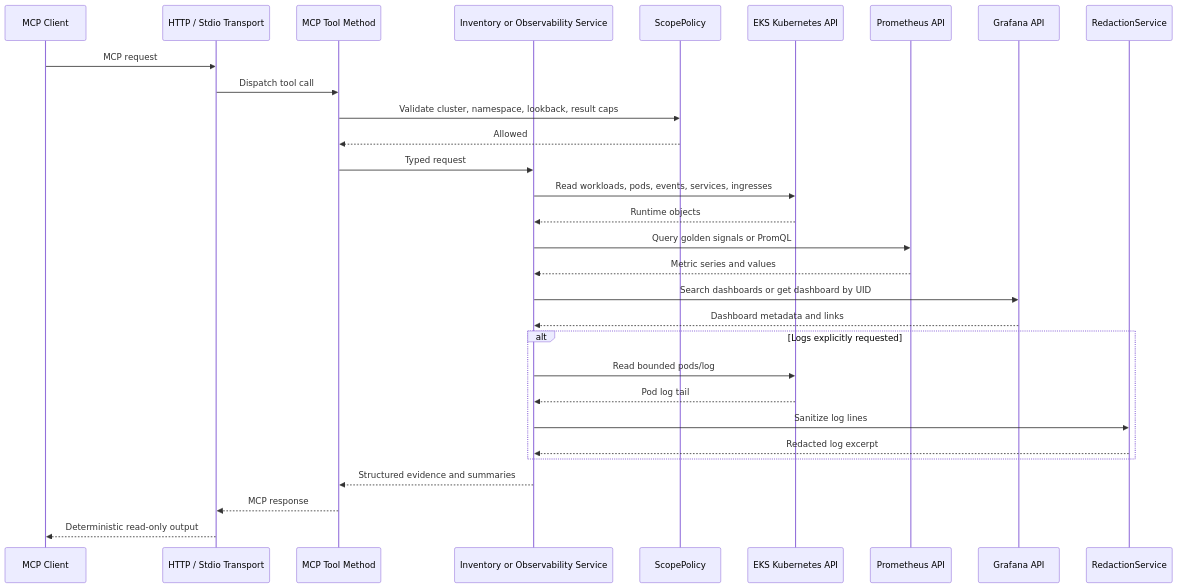
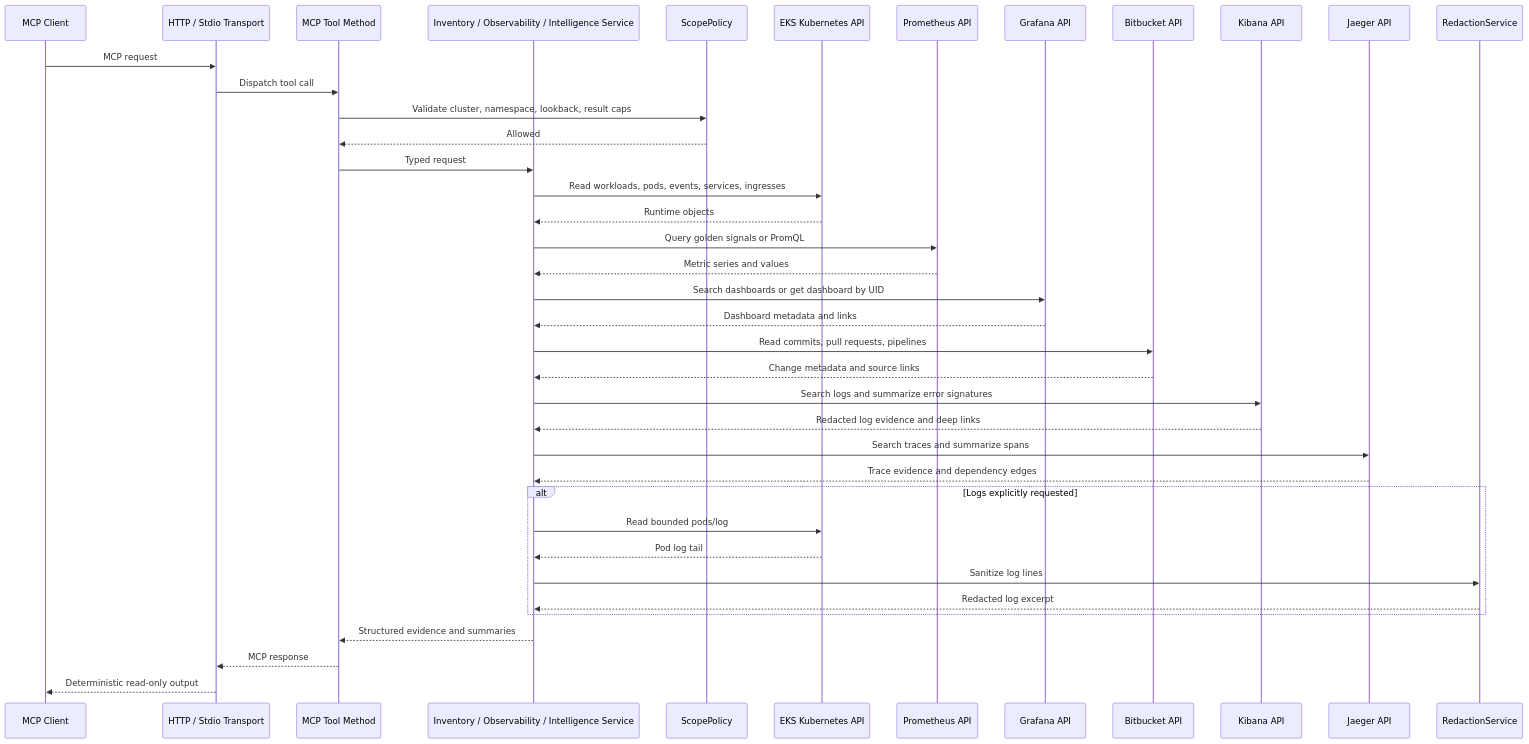
Before and after one commit to rajatyadav2505/mcp_prodops: the third of 4 diagrams in docs/eks_connectivity_architecture.md, drawn with Mermaid. The commit also changed other lines of this file and 7 other files, not shown here.

````diff
--- a/docs/eks_connectivity_architecture.md
+++ b/docs/eks_connectivity_architecture.md
@@ -85,33 +103,42 @@
 ```mermaid
 sequenceDiagram
     participant Client as MCP Client
     participant Http as HTTP / Stdio Transport
     participant Tool as MCP Tool Method
-    participant Domain as Inventory or Observability Service
+    participant Domain as Inventory / Observability / Intelligence Service
     participant Policy as ScopePolicy
     participant K8s as EKS Kubernetes API
     participant Prom as Prometheus API
     participant Graf as Grafana API
+    participant Change as Bitbucket API
+    participant Logs as Kibana API
+    participant Trace as Jaeger API
     participant Redaction as RedactionService
 
     Client->>Http: MCP request
     Http->>Tool: Dispatch tool call
     Tool->>Policy: Validate cluster, namespace, lookback, result caps
     Policy-->>Tool: Allowed
     Tool->>Domain: Typed request
     Domain->>K8s: Read workloads, pods, events, services, ingresses
     K8s-->>Domain: Runtime objects
     Domain->>Prom: Query golden signals or PromQL
     Prom-->>Domain: Metric series and values
     Domain->>Graf: Search dashboards or get dashboard by UID
     Graf-->>Domain: Dashboard metadata and links
+    Domain->>Change: Read commits, pull requests, pipelines
+    Change-->>Domain: Change metadata and source links
+    Domain->>Logs: Search logs and summarize error signatures
+    Logs-->>Domain: Redacted log evidence and deep links
+    Domain->>Trace: Search traces and summarize spans
+    Trace-->>Domain: Trace evidence and dependency edges
     alt Logs explicitly requested
       Domain->>K8s: Read bounded pods/log
       K8s-->>Domain: Pod log tail
       Domain->>Redaction: Sanitize log lines
       Redaction-->>Domain: Redacted log excerpt
     end
     Domain-->>Tool: Structured evidence and summaries
     Tool-->>Http: MCP response
     Http-->>Client: Deterministic read-only output
 ```
````
